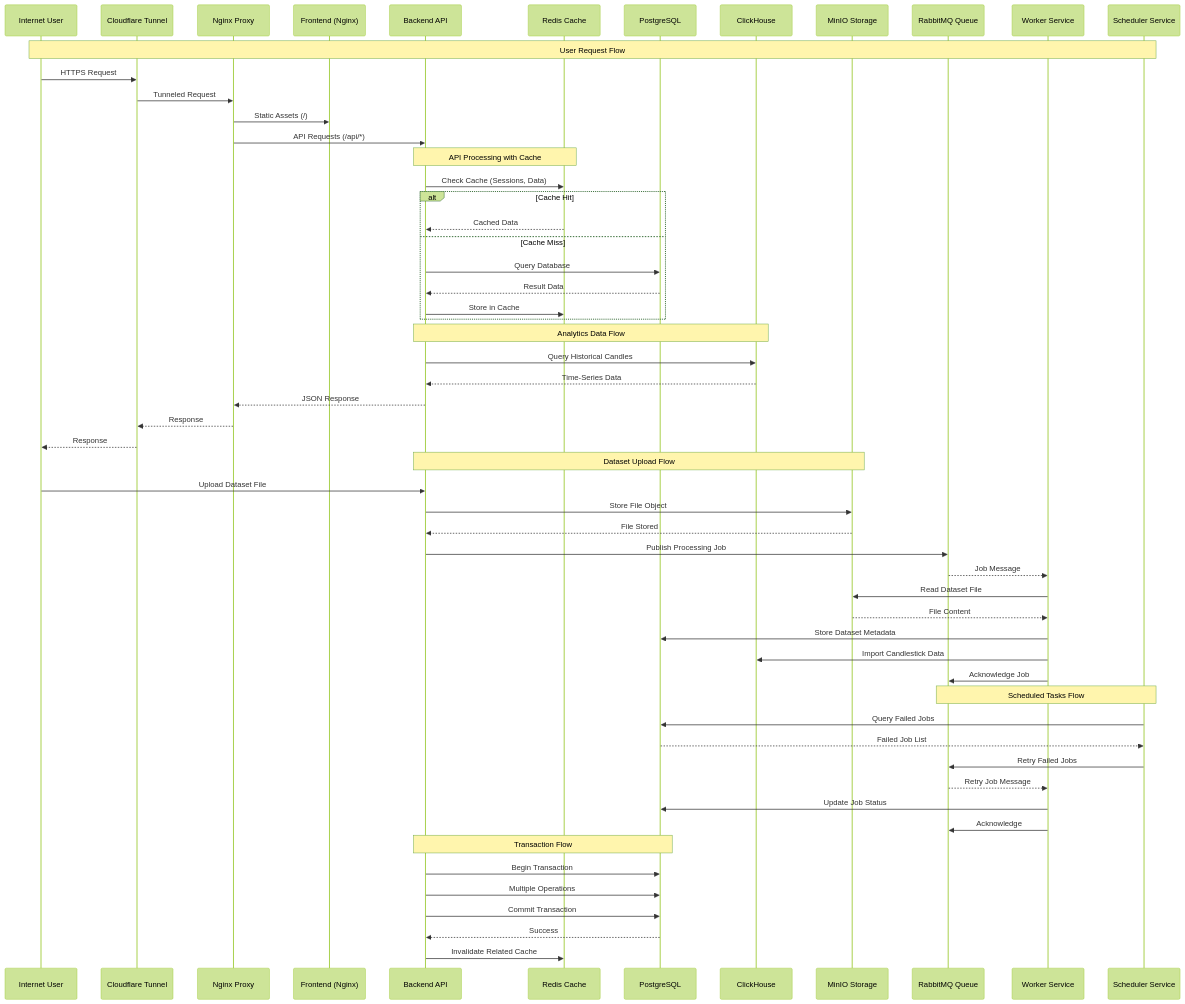
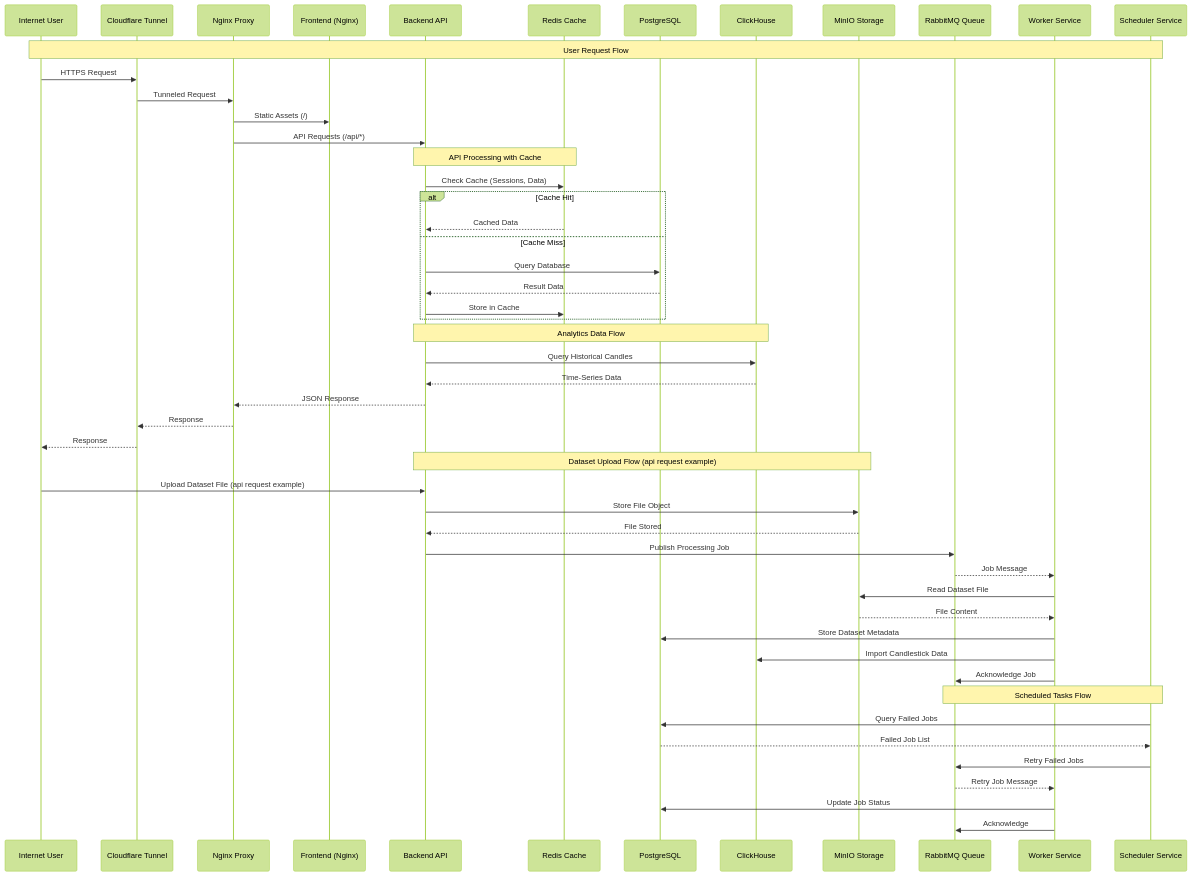
Before and after one commit to DamienReichhart/BackTrade: the diagram in documentation/docker/prod/data-flow.md, drawn with Mermaid (forest theme). The commit also changed 2 other files, not shown here.

Commit message:
fix(docker): remove some mistakes made in the docker documentation

````diff
--- a/documentation/docker/prod/data-flow.md
+++ b/documentation/docker/prod/data-flow.md
@@ -1,65 +1,58 @@
 ```mermaid
 sequenceDiagram
     participant User as Internet User
     participant CF as Cloudflare Tunnel
     participant Proxy as Nginx Proxy
     participant Frontend as Frontend (Nginx)
     participant API as Backend API
     participant Redis as Redis Cache
     participant Postgres as PostgreSQL
     participant ClickHouse as ClickHouse
     participant MinIO as MinIO Storage
     participant RabbitMQ as RabbitMQ Queue
     participant Worker as Worker Service
     participant Scheduler as Scheduler Service
 
     Note over User,Scheduler: User Request Flow
     User->>CF: HTTPS Request
     CF->>Proxy: Tunneled Request
     Proxy->>Frontend: Static Assets (/)
     Proxy->>API: API Requests (/api/*)
 
     Note over API,Redis: API Processing with Cache
     API->>Redis: Check Cache (Sessions, Data)
     alt Cache Hit
         Redis-->>API: Cached Data
     else Cache Miss
         API->>Postgres: Query Database
         Postgres-->>API: Result Data
         API->>Redis: Store in Cache
     end
 
     Note over API,ClickHouse: Analytics Data Flow
     API->>ClickHouse: Query Historical Candles
     ClickHouse-->>API: Time-Series Data
     API-->>Proxy: JSON Response
     Proxy-->>CF: Response
     CF-->>User: Response
 
-    Note over API,MinIO: Dataset Upload Flow
-    User->>API: Upload Dataset File
+    Note over API,MinIO: Dataset Upload Flow (api request example)
+    User->>API: Upload Dataset File (api request example)
     API->>MinIO: Store File Object
     MinIO-->>API: File Stored
     API->>RabbitMQ: Publish Processing Job
     RabbitMQ-->>Worker: Job Message
     Worker->>MinIO: Read Dataset File
     MinIO-->>Worker: File Content
     Worker->>Postgres: Store Dataset Metadata
     Worker->>ClickHouse: Import Candlestick Data
     Worker->>RabbitMQ: Acknowledge Job
 
     Note over Scheduler,RabbitMQ: Scheduled Tasks Flow
     Scheduler->>Postgres: Query Failed Jobs
     Postgres-->>Scheduler: Failed Job List
     Scheduler->>RabbitMQ: Retry Failed Jobs
     RabbitMQ-->>Worker: Retry Job Message
     Worker->>Postgres: Update Job Status
     Worker->>RabbitMQ: Acknowledge
-
-    Note over API,Postgres: Transaction Flow
-    API->>Postgres: Begin Transaction
-    API->>Postgres: Multiple Operations
-    API->>Postgres: Commit Transaction
-    Postgres-->>API: Success
-    API->>Redis: Invalidate Related Cache
 ```
````
